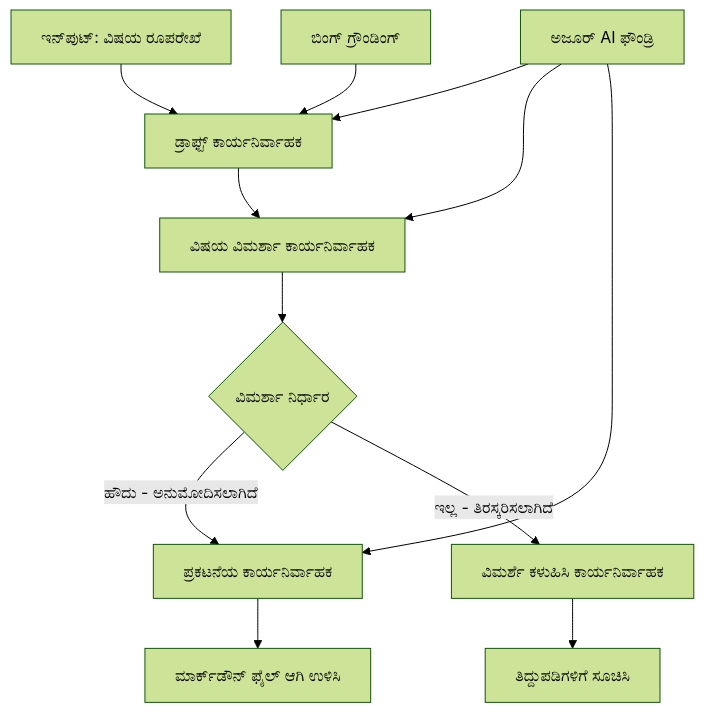
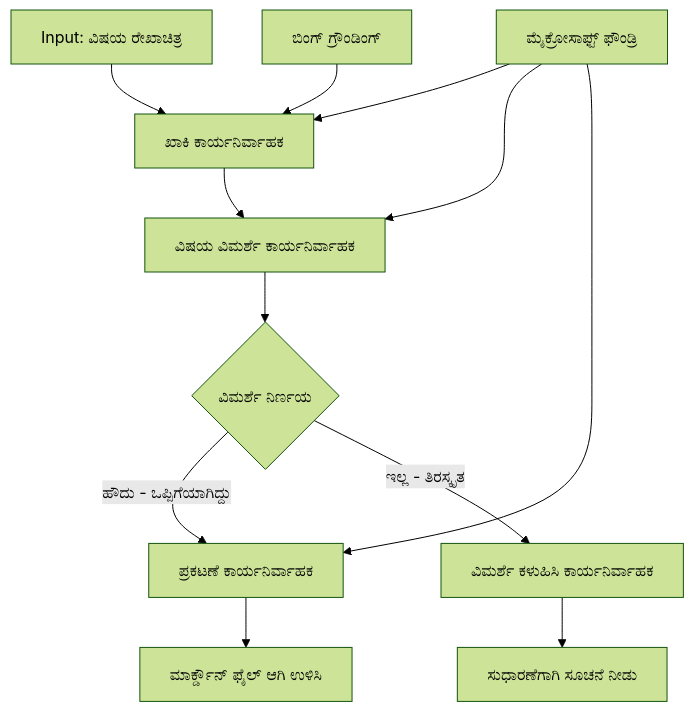
Before and after one commit to microsoft/ai-agents-for-beginners: the diagram in translations/kn/08-multi-agent/code_samples/workflows-agent-framework/dotNET/04.dotnet-agent-framework-workflow-aifoundry-condition.md, drawn with Mermaid (forest theme). The commit also changed other lines of this file and 224 other files, not shown here.

````diff
--- a/translations/kn/08-multi-agent/code_samples/workflows-agent-framework/dotNET/04.dotnet-agent-framework-workflow-aifoundry-condition.md
+++ b/translations/kn/08-multi-agent/code_samples/workflows-agent-framework/dotNET/04.dotnet-agent-framework-workflow-aifoundry-condition.md
@@ -78,18 +78,18 @@
 ```mermaid
 graph TD
-    A[ಇನ್‌ಪುಟ್: ವಿಷಯ ರೂಪರೇಖೆ] --> B[ಡ್ರಾಫ್ಟ್ ಕಾರ್ಯನಿರ್ವಾಹಕ]
-    B --> C[ವಿಷಯ ವಿಮರ್ಶಾ ಕಾರ್ಯನಿರ್ವಾಹಕ]
-    C --> D{ವಿಮರ್ಶಾ ನಿರ್ಧಾರ}
+    A[Input: ವಿಷಯ ರೇಖಾಚಿತ್ರ] --> B[ಖಾಕಿ ಕಾರ್ಯನಿರ್ವಾಹಕ]
+    B --> C[ವಿಷಯ ವಿಮರ್ಶೆ ಕಾರ್ಯನಿರ್ವಾಹಕ]
+    C --> D{ವಿಮರ್ಶೆ ನಿರ್ಣಯ}
     
-    D -->|ಹೌದು - ಅನುಮೋದಿಸಲಾಗಿದೆ| E[ಪ್ರಕಟನೆಯ ಕಾರ್ಯನಿರ್ವಾಹಕ]
-    D -->|ಇಲ್ಲ - ತಿರಸ್ಕರಿಸಲಾಗಿದೆ| F[ವಿಮರ್ಶೆ ಕಳುಹಿಸಿ ಕಾರ್ಯನಿರ್ವಾಹಕ]
+    D -->|ಹೌದು - ಒಪ್ಪಿಗೆಯಾಗಿದ್ದು| E[ಪ್ರಕಟಣೆ ಕಾರ್ಯನಿರ್ವಾಹಕ]
+    D -->|ಇಲ್ಲ - ತಿರಸ್ಕೃತ| F[ವಿಮರ್ಶೆ ಕಳುಹಿಸಿ ಕಾರ್ಯನಿರ್ವಾಹಕ]
     
-    E --> G[ಮಾರ್ಕ್‌ಡೌನ್ ಫೈಲ್ ಆಗಿ ಉಳಿಸಿ]
-    F --> H[ತಿದ್ದುಪಡಿಗಳಿಗೆ ಸೂಚಿಸಿ]
+    E --> G[ಮಾರ್ಕ್ಡೌನ್ ಫೈಲ್ ಆಗಿ ಉಳಿಸಿ]
+    F --> H[ಸುಧಾರಣೆಗಾಗಿ ಸೂಚನೆ ನೀಡು]
     
-    I[ಅಜೂರ್ AI ಫೌಂಡ್ರಿ] --> B
+    I[ಮೈಕ್ರೋಸಾಫ್ಟ್ ಫೌಂಡ್ರಿ] --> B
     I --> C
     I --> E
     
     J[ಬಿಂಗ್ ಗ್ರೌಂಡಿಂಗ್] --> B
 ```
````
